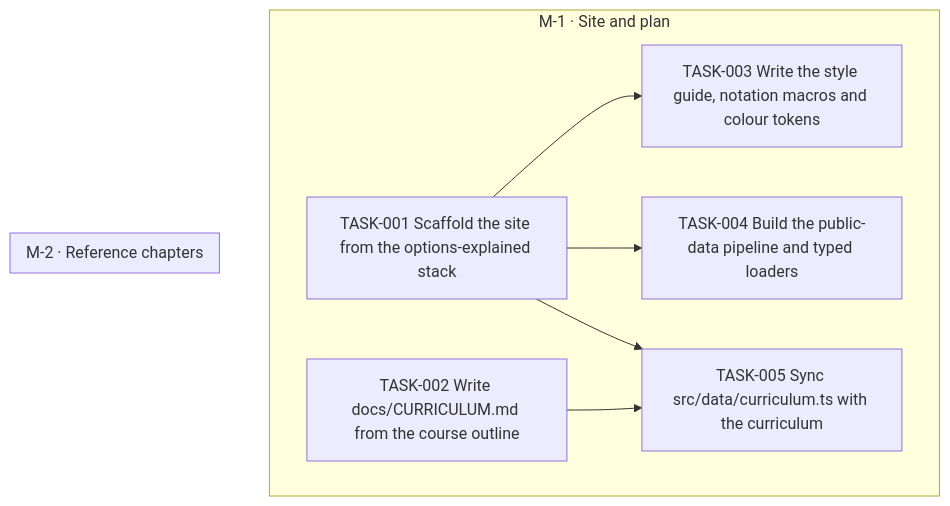
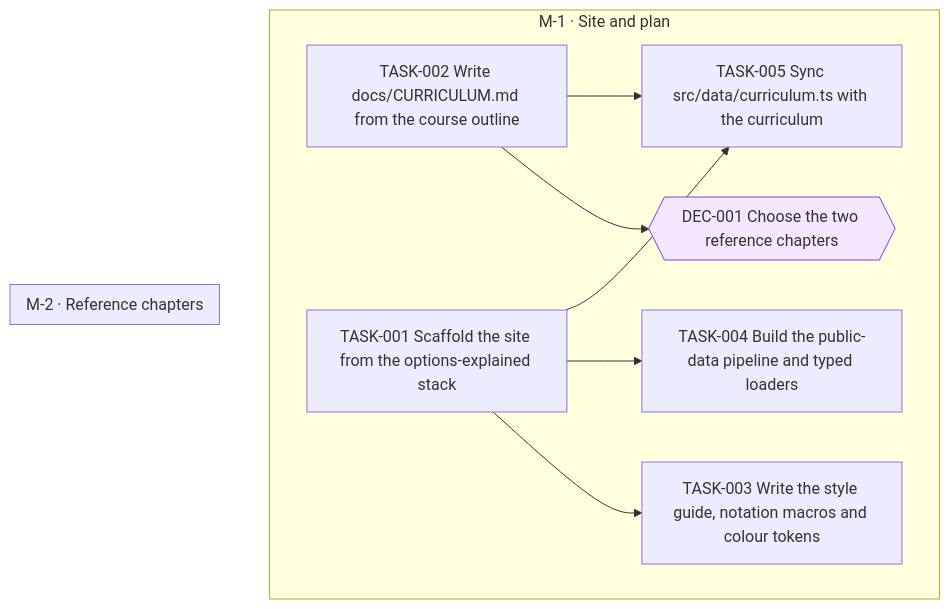
The diagram in goals/course-site/README.md (all-explained/empirical-finance-lbs), drawn with Mermaid before and after one commit. The commit also changed 1 other file, not shown here.

Commit message:
goal(course-site): add DEC-001 Choose the two reference chapters

````diff
--- a/goals/course-site/README.md
+++ b/goals/course-site/README.md
@@ -19,19 +19,22 @@
 ```mermaid
 flowchart TD
   subgraph M_1["M-1 · Site and plan"]
+    DEC_001{{"DEC-001 Choose the two reference chapters"}}
     TASK_001["TASK-001 Scaffold the site from the options-explained stack"]
     TASK_002["TASK-002 Write docs/CURRICULUM.md from the course outline"]
     TASK_003["TASK-003 Write the style guide, notation macros and colour tokens"]
     TASK_004["TASK-004 Build the public-data pipeline and typed loaders"]
     TASK_005["TASK-005 Sync src/data/curriculum.ts with the curriculum"]
   end
   subgraph M_2["M-2 · Reference chapters"]
   end
+  TASK_002 --> DEC_001
   TASK_001 --> TASK_003
   TASK_001 --> TASK_004
   TASK_001 --> TASK_005
   TASK_002 --> TASK_005
   classDef draft stroke-dasharray: 4 3
   classDef cancelled opacity:0.45
   classDef decision fill:#f3e8ff,stroke:#7c3aed
+  class DEC_001 decision
 ```
````
